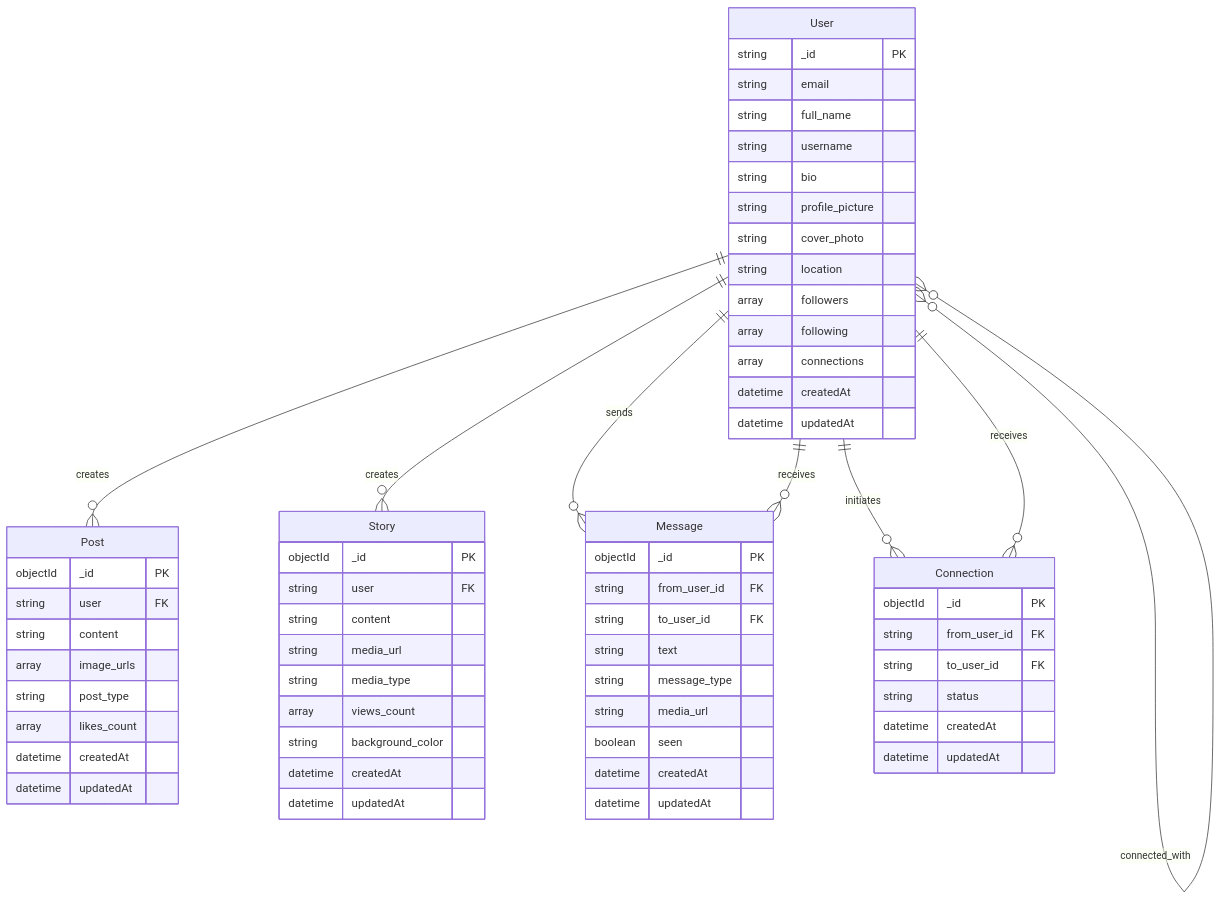
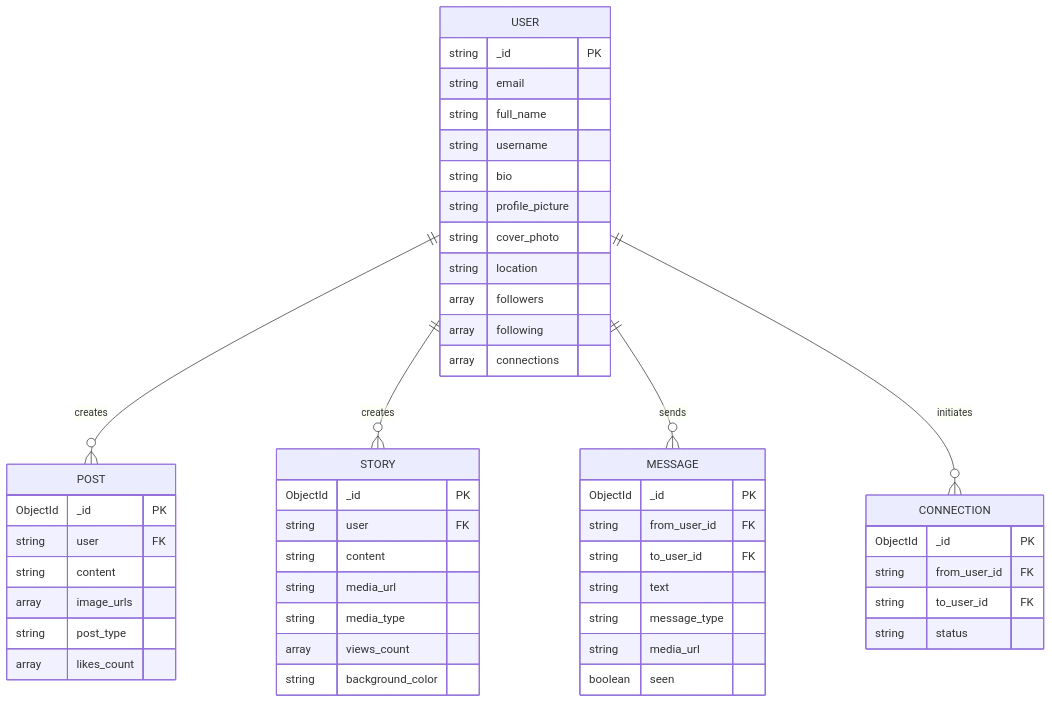
One commit to VIKRAMANR7/BuzzConnect changed the third of 3 diagrams in README.md. Above: the diagram before and after it, drawn with Mermaid. The commit also changed other lines of this file and 39 other files, not shown here.

````diff
--- a/README.md
+++ b/README.md
@@ -305,71 +97,57 @@
 ```mermaid
 erDiagram
-    User ||--o{ Post : creates
-    User ||--o{ Story : creates
-    User ||--o{ Message : sends
-    User ||--o{ Message : receives
-    User ||--o{ Connection : initiates
-    User ||--o{ Connection : receives
-    User }o--o{ User : follows
-    User }o--o{ User : connected_with
+    USER ||--o{ POST : creates
+    USER ||--o{ STORY : creates
+    USER ||--o{ MESSAGE : sends
+    USER ||--o{ CONNECTION : initiates
 
-    User {
+    USER {
         string _id PK
         string email
         string full_name
         string username
         string bio
         string profile_picture
         string cover_photo
         string location
         array followers
         array following
         array connections
-        datetime createdAt
-        datetime updatedAt
     }
 
-    Post {
-        objectId _id PK
+    POST {
+        ObjectId _id PK
         string user FK
         string content
         array image_urls
         string post_type
         array likes_count
-        datetime createdAt
-        datetime updatedAt
     }
 
-    Story {
-        objectId _id PK
+    STORY {
+        ObjectId _id PK
         string user FK
         string content
         string media_url
         string media_type
         array views_count
         string background_color
-        datetime createdAt
-        datetime updatedAt
     }
 
-    Message {
-        objectId _id PK
+    MESSAGE {
+        ObjectId _id PK
         string from_user_id FK
         string to_user_id FK
         string text
         string message_type
         string media_url
         boolean seen
-        datetime createdAt
-        datetime updatedAt
     }
 
-    Connection {
-        objectId _id PK
+    CONNECTION {
+        ObjectId _id PK
         string from_user_id FK
         string to_user_id FK
         string status
-        datetime createdAt
-        datetime updatedAt
     }
 ```
````
